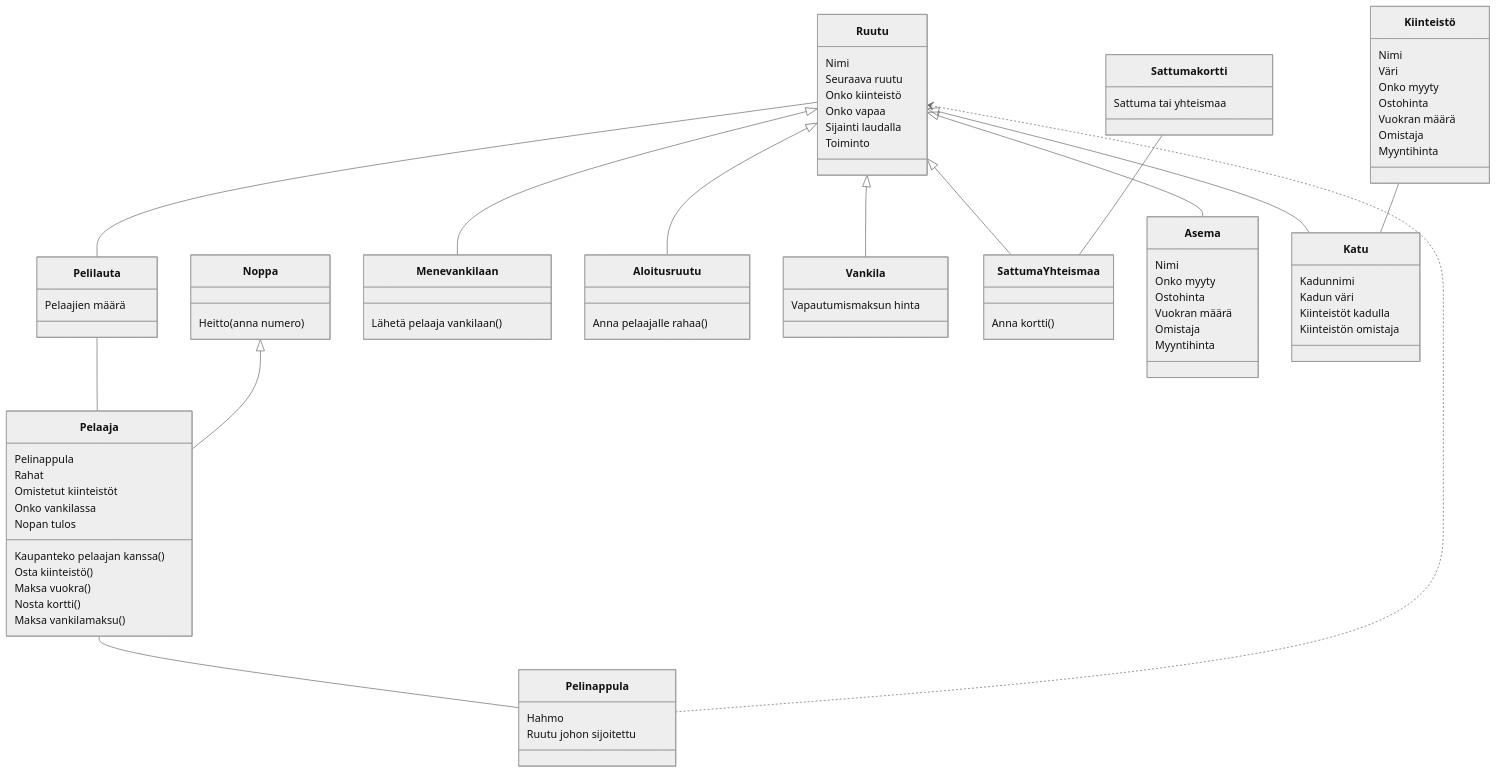
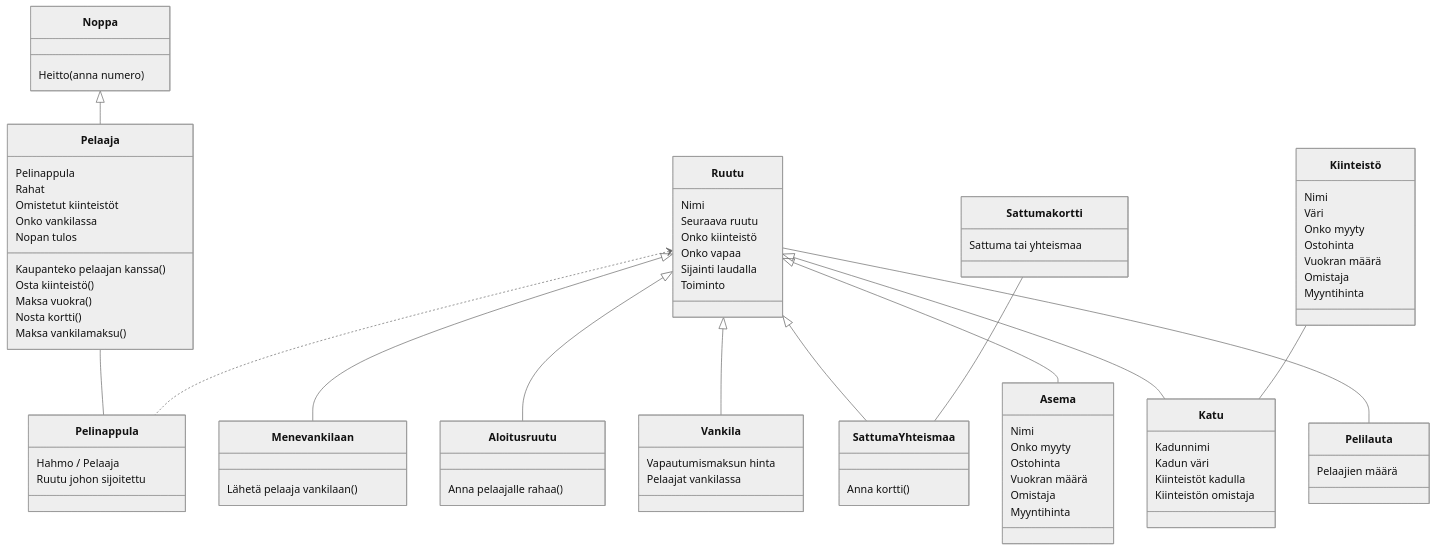
One commit to kodtld/TravelHub changed the diagram in laskarit/viikko3/luokkakaavio.md. Above: the diagram before and after it, drawn with Mermaid (neutral theme).

````diff
--- a/laskarit/viikko3/luokkakaavio.md
+++ b/laskarit/viikko3/luokkakaavio.md
@@ -1,6 +1,6 @@
 ```mermaid
  classDiagram
-      Pelilauta -- Pelaaja
+      
       Noppa  <|-- Pelaaja
       Ruutu  <|-- Menevankilaan
       Ruutu  <|-- Aloitusruutu
@@ -31,7 +31,7 @@
       }
 
       class Pelinappula{
-          Hahmo
+          Hahmo / Pelaaja
           Ruutu johon sijoitettu
       }
 
@@ -53,6 +53,7 @@
       }
       class Vankila{
           Vapautumismaksun hinta
+          Pelaajat vankilassa
       }
       class Aloitusruutu{
           Anna pelaajalle rahaa()
````
